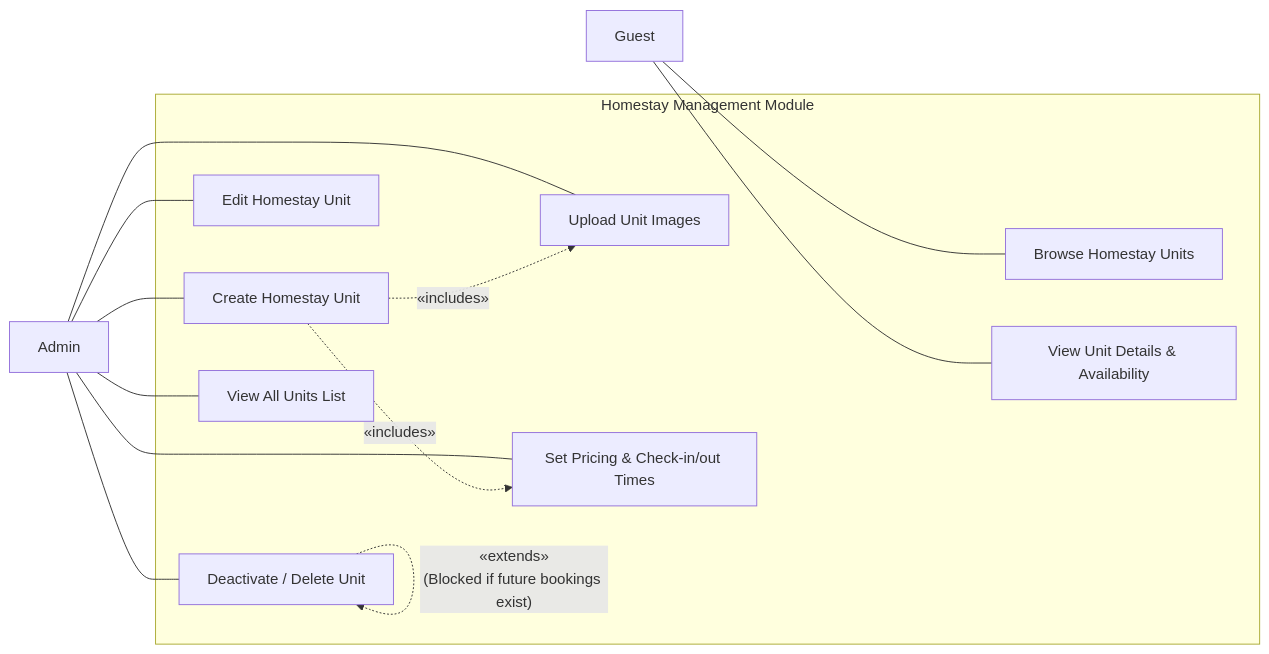
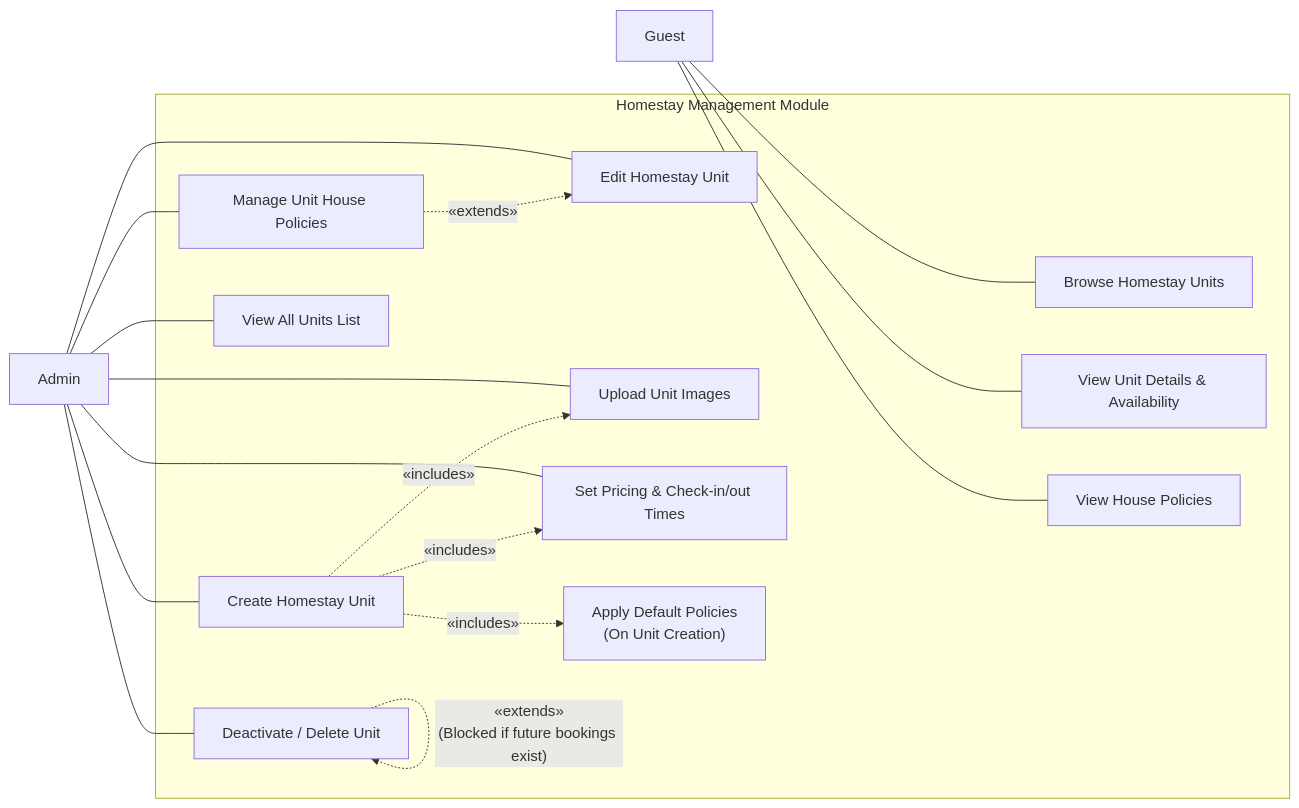
Before and after one commit to aisyahumairah/HomeLodge-Doc: the third of 14 diagrams in docs/dev/USE_CASE_DIAGRAMS.md, drawn with Mermaid. The commit also changed other lines of this file and 7 other files, not shown here.

````diff
--- a/docs/dev/USE_CASE_DIAGRAMS.md
+++ b/docs/dev/USE_CASE_DIAGRAMS.md
@@ -130,30 +137,37 @@
 ```mermaid
 flowchart LR
     Guest["Guest"]
     Admin["Admin"]
 
     subgraph Homestay Management Module
         UC1["Browse Homestay Units"]
         UC2["View Unit Details & Availability"]
-        UC3["Create Homestay Unit"]
-        UC4["Edit Homestay Unit"]
-        UC5["Deactivate / Delete Unit"]
-        UC6["Upload Unit Images"]
-        UC7["Set Pricing & Check-in/out Times"]
-        UC8["View All Units List"]
+        UC3["View House Policies"]
+        UC4["Create Homestay Unit"]
+        UC5["Edit Homestay Unit"]
+        UC6["Deactivate / Delete Unit"]
+        UC7["Upload Unit Images"]
+        UC8["Set Pricing & Check-in/out Times"]
+        UC9["View All Units List"]
+        UC10["Manage Unit House Policies"]
+        UC11["Apply Default Policies\n(On Unit Creation)"]
     end
 
     Guest --- UC1
     Guest --- UC2
+    Guest --- UC3
 
-    Admin --- UC3
     Admin --- UC4
     Admin --- UC5
     Admin --- UC6
     Admin --- UC7
     Admin --- UC8
+    Admin --- UC9
+    Admin --- UC10
 
-    UC3 -. "«includes»" .-> UC6
-    UC3 -. "«includes»" .-> UC7
-    UC5 -. "«extends»\n(Blocked if future bookings exist)" .-> UC5
+    UC4 -. "«includes»" .-> UC7
+    UC4 -. "«includes»" .-> UC8
+    UC4 -. "«includes»" .-> UC11
+    UC6 -. "«extends»\n(Blocked if future bookings exist)" .-> UC6
+    UC10 -. "«extends»" .-> UC5
 ```
````
